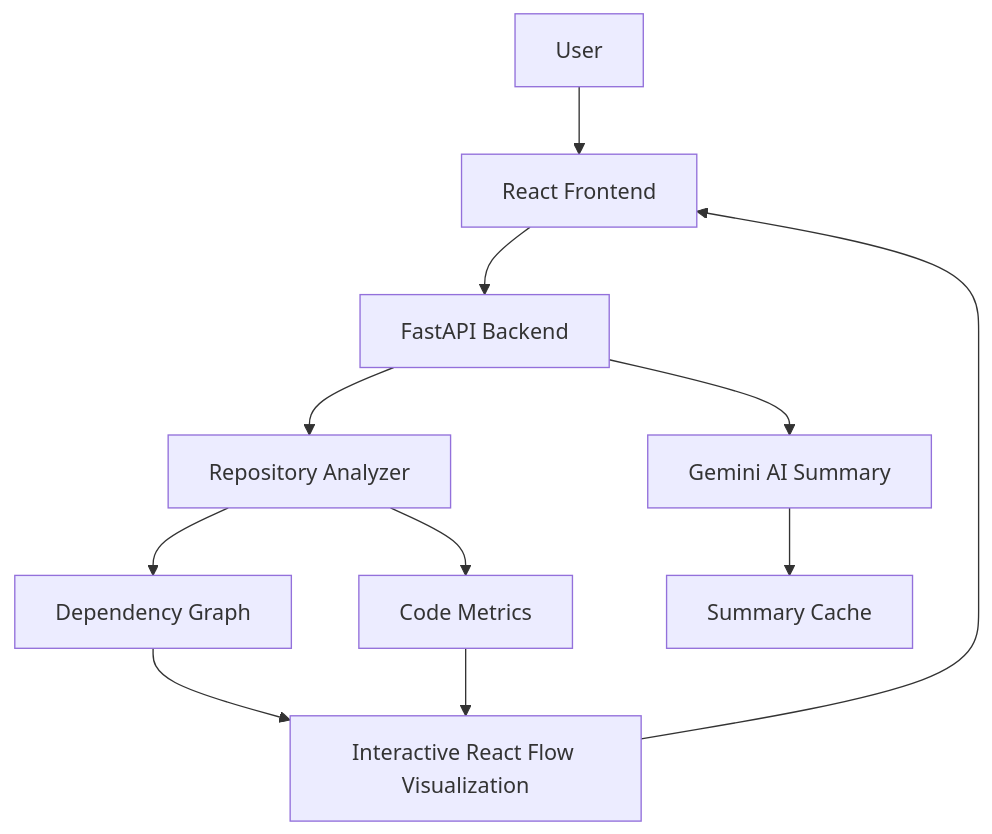
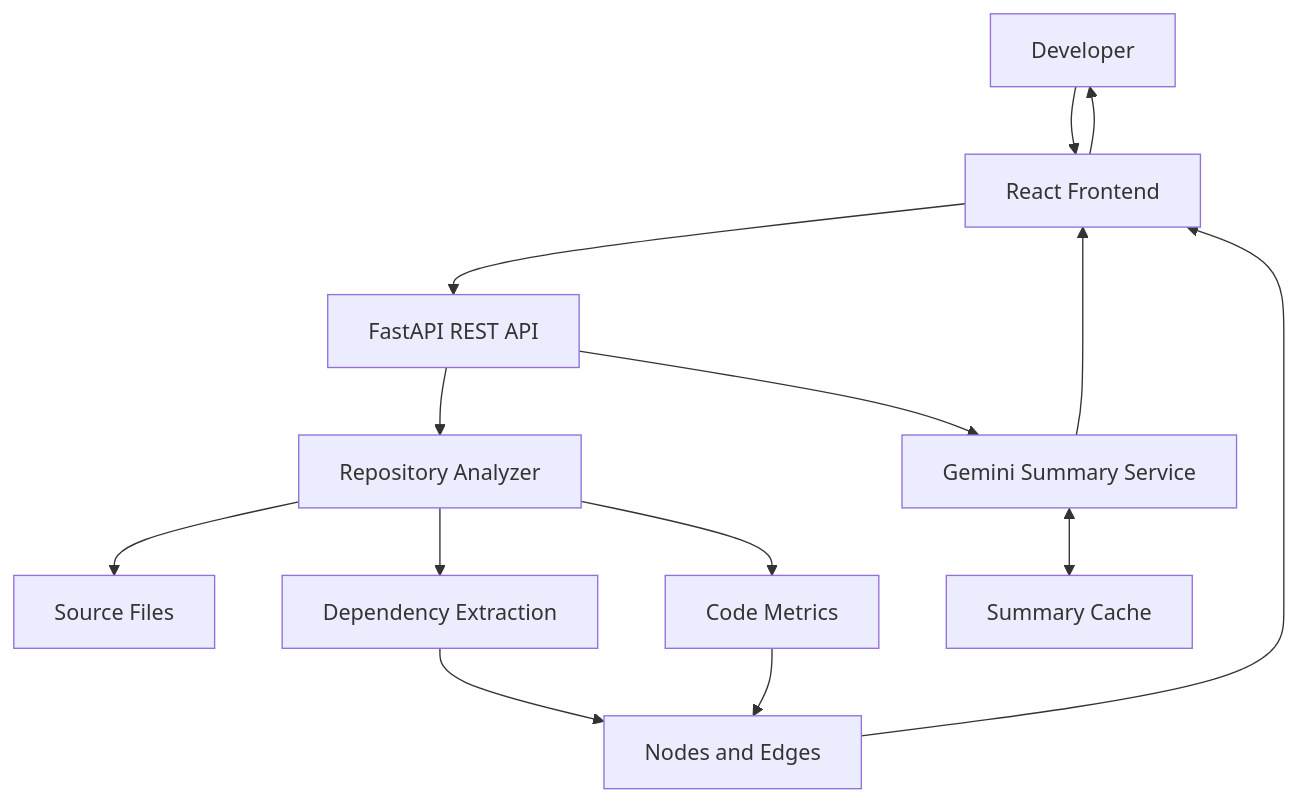
Before and after one commit to Muzammil-msk/Repository-Structure-Analysis-and-Visualisation-System: the diagram in README.md, drawn with Mermaid. The commit also changed other lines of this file, not shown here.

````diff
--- a/README.md
+++ b/README.md
@@ -31,13 +104,20 @@
 ```mermaid
 flowchart TD
-    A[User] --> B[React Frontend]
-    B --> C[FastAPI Backend]
-    C --> D[Repository Analyzer]
-    D --> E[Dependency Graph]
-    D --> F[Code Metrics]
-    C --> G[Gemini AI Summary]
-    G --> H[Summary Cache]
-    E --> I[Interactive React Flow Visualization]
-    F --> I
-    I --> B
+    U["Developer"] --> FE["React Frontend"]
+    FE --> API["FastAPI REST API"]
+
+    API --> RA["Repository Analyzer"]
+    RA --> SRC["Source Files"]
+    RA --> DEP["Dependency Extraction"]
+    RA --> MET["Code Metrics"]
+
+    DEP --> GRAPH["Nodes and Edges"]
+    MET --> GRAPH
+
+    API --> AI["Gemini Summary Service"]
+    AI <--> CACHE["Summary Cache"]
+
+    GRAPH --> FE
+    AI --> FE
+    FE --> U
 ```
````
